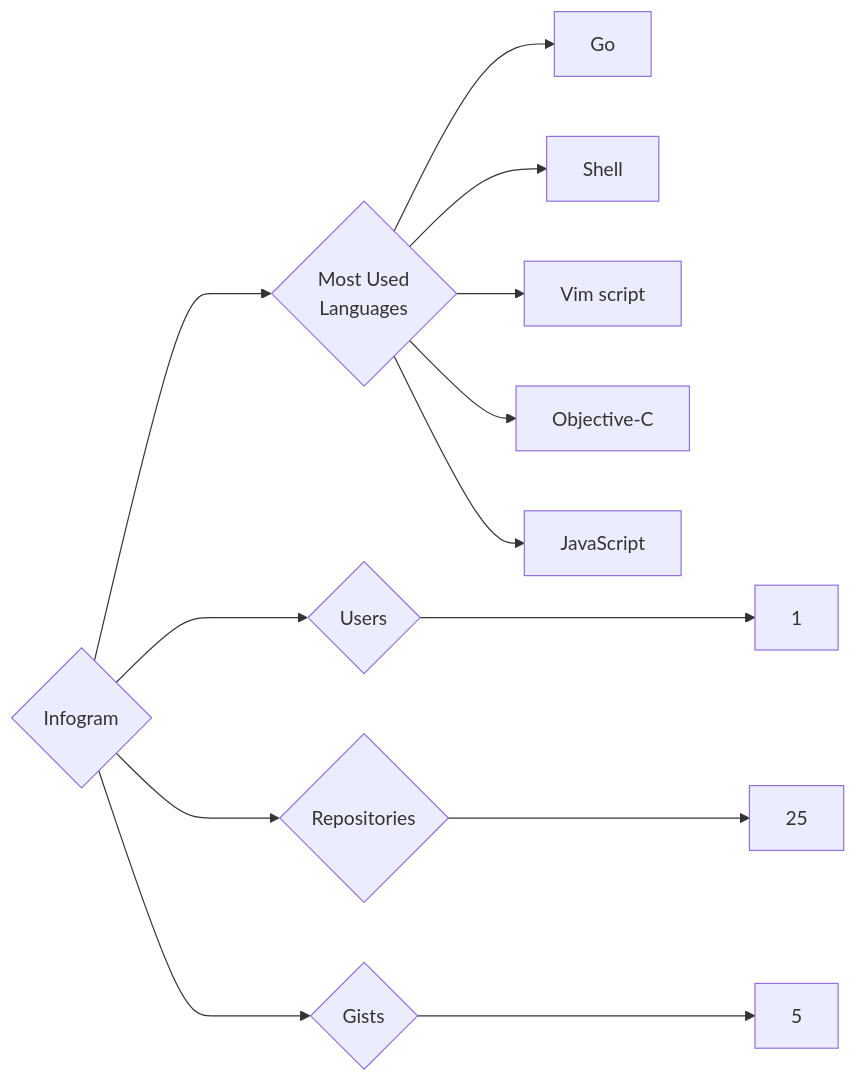
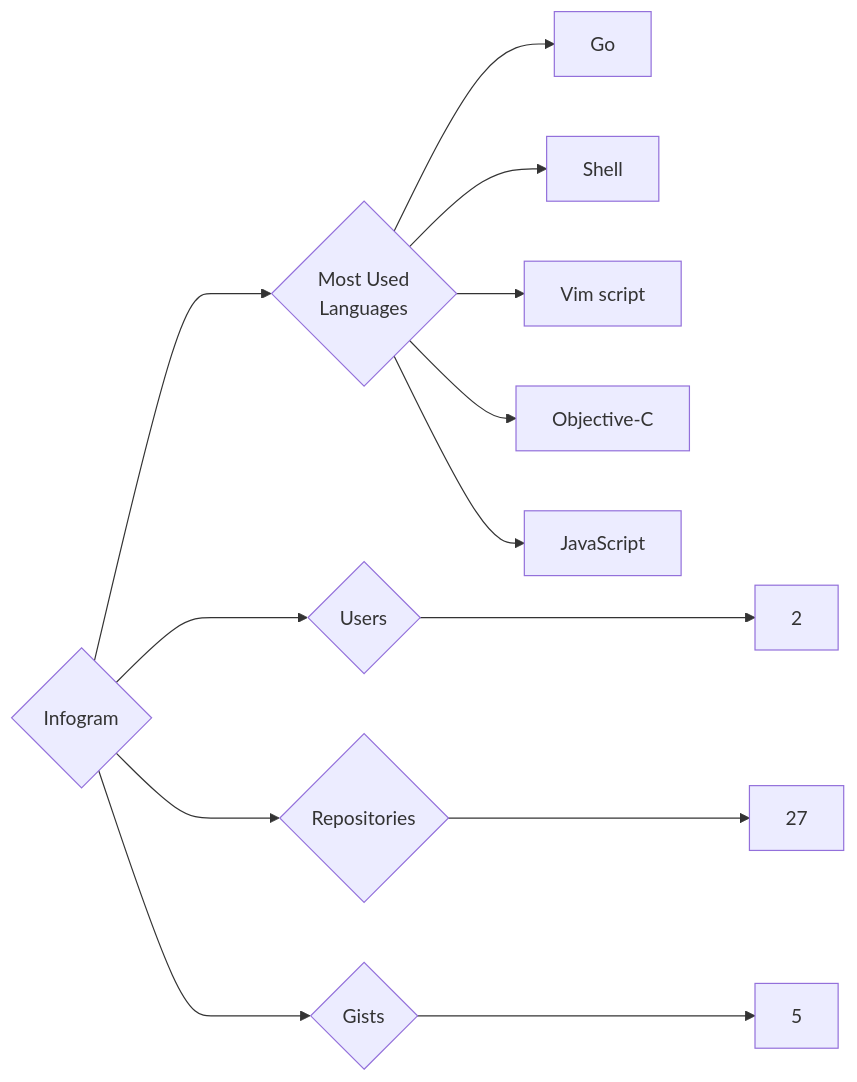
One commit to trickest/insiders changed the diagram in targets/Infogram/README.md. Above: the diagram before and after it, drawn with Mermaid. The commit also changed 823 other files, not shown here.

````diff
--- a/targets/Infogram/README.md
+++ b/targets/Infogram/README.md
@@ -3,13 +3,13 @@
 ```mermaid
 graph LR
 COMPANY_NAME{Infogram}
-COMPANY_NAME ---> U{Users} ---> UN[1]
-COMPANY_NAME ---> R{Repositories} ---> RN[25]
+COMPANY_NAME ---> U{Users} ---> UN[2]
+COMPANY_NAME ---> R{Repositories} ---> RN[27]
 COMPANY_NAME ---> G{Gists} ---> GN[5]
 COMPANY_NAME ---> ML{Most Used<br>Languages}
 ML --> Go[Go]
 ML --> Shell[Shell]
 ML --> Vim_script[Vim script]
 ML --> Objective-C[Objective-C]
 ML --> JavaScript[JavaScript]
 ```
````
